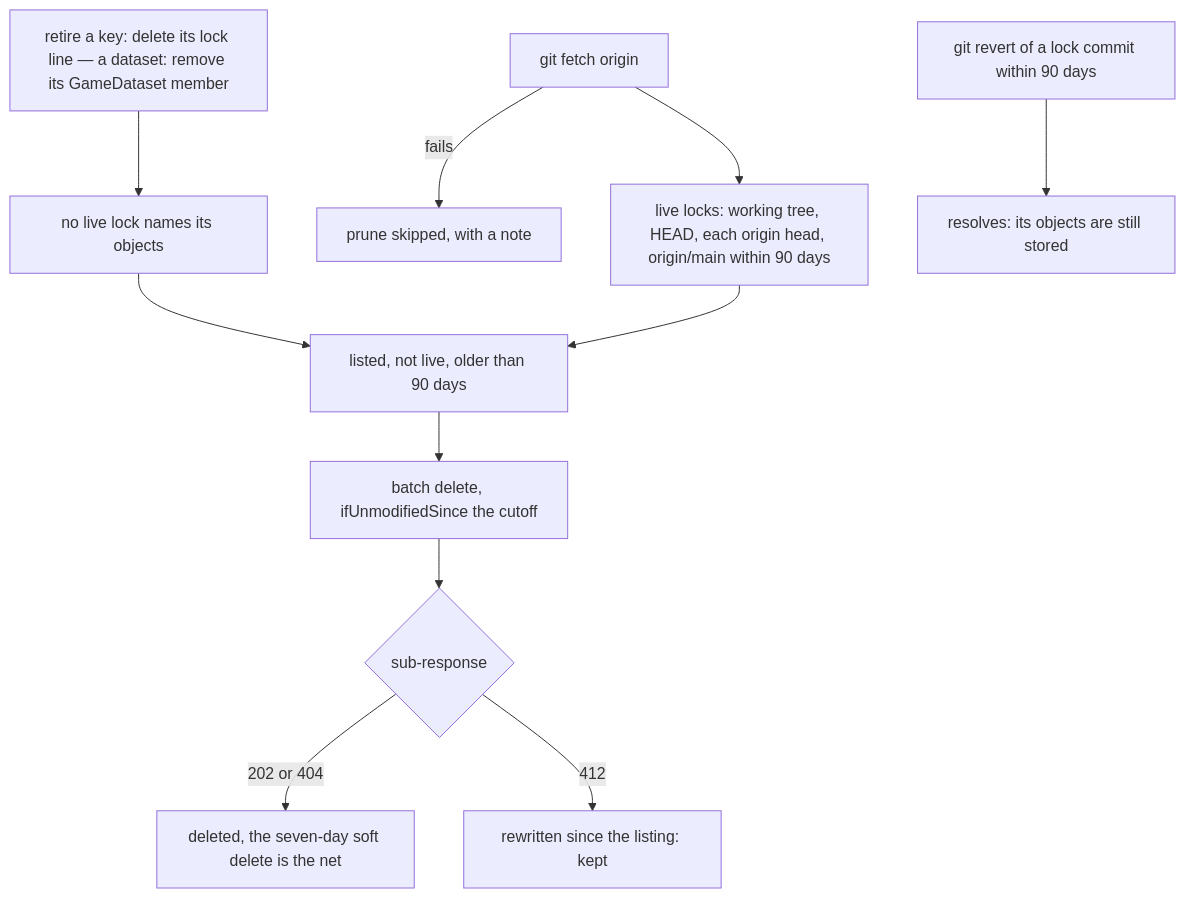
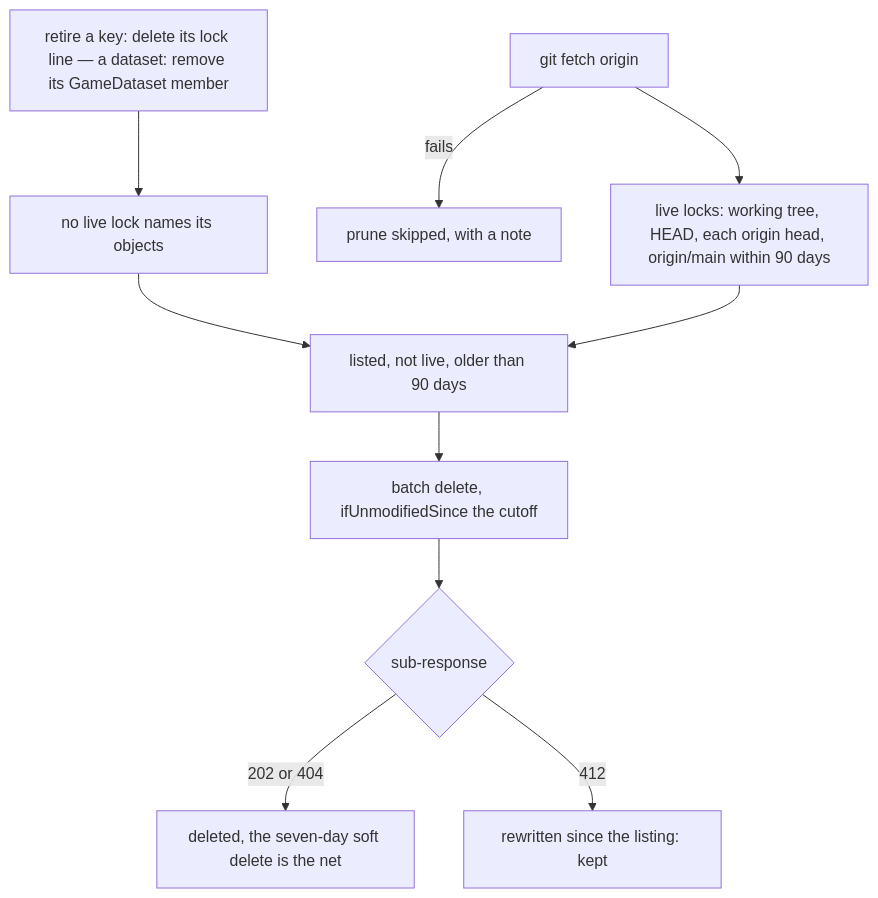
Before and after one commit to Esposter/Esposter: the fourth of 5 diagrams in openspec/specs/genshin/hosted-game-data/design.md, drawn with Mermaid. The commit also changed other lines of this file and 6 other files, not shown here.

````diff
--- a/openspec/specs/genshin/hosted-game-data/design.md
+++ b/openspec/specs/genshin/hosted-game-data/design.md
@@ -169,13 +169,12 @@
 ```mermaid
 flowchart TD
   Retire["retire a key: delete its lock line — a dataset: remove its GameDataset member"] --> Unreached["no live lock names its objects"]
   Fetch["git fetch origin"] -->|fails| Skipped["prune skipped, with a note"]
   Fetch --> Locks["live locks: working tree, HEAD, each origin head, origin/main within 90 days"]
   Unreached --> Candidates
   Locks --> Candidates["listed, not live, older than 90 days"]
   Candidates --> Delete["batch delete, ifUnmodifiedSince the cutoff"]
   Delete --> Outcome{"sub-response"}
   Outcome -->|"202 or 404"| Gone["deleted, the seven-day soft delete is the net"]
   Outcome -->|412| Kept["rewritten since the listing: kept"]
-  Revert["git revert of a lock commit within 90 days"] --> Resolves["resolves: its objects are still stored"]
 ```
````
